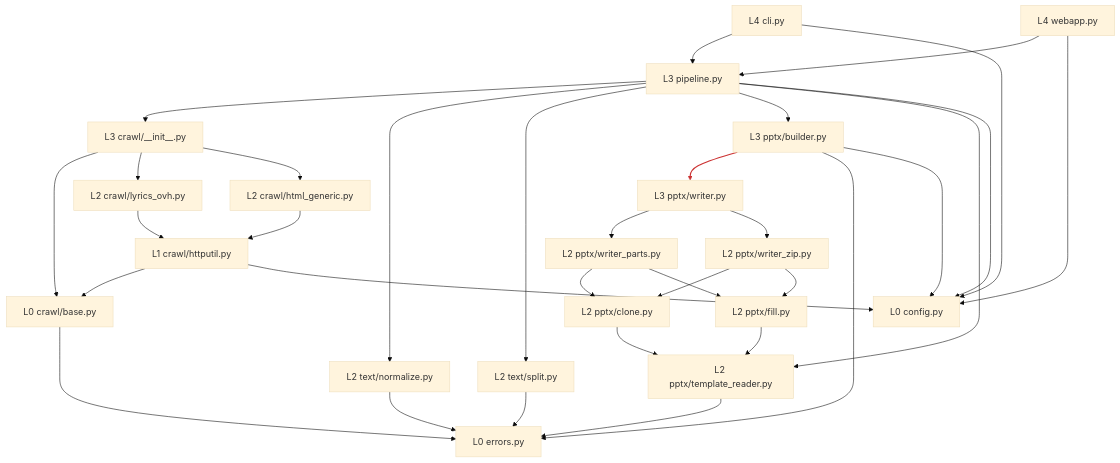
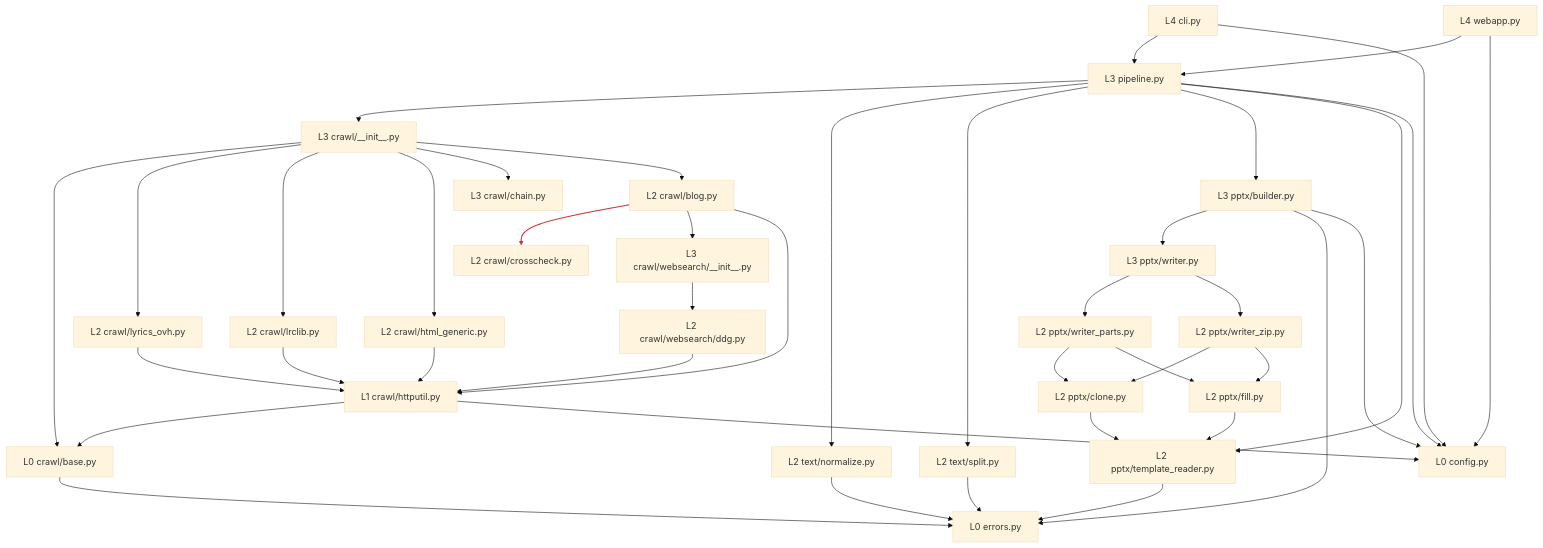
The first of 3 diagrams in docs/arch/02-component-architecture.md (CrashedSystem/lyrics2pptx), drawn with Mermaid (base theme) before and after one commit. The commit also changed other lines of this file and 42 other files, not shown here.

````diff
--- a/docs/arch/02-component-architecture.md
+++ b/docs/arch/02-component-architecture.md
@@ -118,37 +134,46 @@
 ```mermaid
 graph TD
   CLI["L4 cli.py"] --> PIPE["L3 pipeline.py"]
   WEB["L4 webapp.py"] --> PIPE
   PIPE --> REG["L3 crawl/__init__.py"]
   PIPE --> NORM["L2 text/normalize.py"]
   PIPE --> SPLIT["L2 text/split.py"]
   PIPE --> BUILD["L3 pptx/builder.py"]
   PIPE --> TREAD["L2 pptx/template_reader.py"]
   REG --> CBASE["L0 crawl/base.py"]
   REG --> OVH["L2 crawl/lyrics_ovh.py"]
+  REG --> LRCLIB["L2 crawl/lrclib.py"]
   REG --> HTML["L2 crawl/html_generic.py"]
+  REG --> CHAIN["L3 crawl/chain.py"]
+  REG --> BLOG["L2 crawl/blog.py"]
+  BLOG --> XCHK["L2 crawl/crosscheck.py"]
+  BLOG --> WS["L3 crawl/websearch/__init__.py"]
+  WS --> DDG["L2 crawl/websearch/ddg.py"]
   OVH --> HTTP["L1 crawl/httputil.py"]
+  LRCLIB --> HTTP
   HTML --> HTTP
+  BLOG --> HTTP
+  DDG --> HTTP
   HTTP --> CBASE
   BUILD --> WRITER["L3 pptx/writer.py"]
   WRITER --> WPARTS["L2 pptx/writer_parts.py"]
   WRITER --> WZIP["L2 pptx/writer_zip.py"]
   WPARTS --> CLONE["L2 pptx/clone.py"]
   WPARTS --> FILL["L2 pptx/fill.py"]
   WZIP --> CLONE
   WZIP --> FILL
   FILL --> TREAD
   CLONE --> TREAD
   CBASE --> ERR["L0 errors.py"]
   NORM --> ERR
   SPLIT --> ERR
   BUILD --> ERR
   TREAD --> ERR
   CLI --> CFG["L0 config.py"]
   WEB --> CFG
   PIPE --> CFG
   HTTP --> CFG
   BUILD --> CFG
 
   linkStyle 13 stroke:#c33,stroke-width:2px
 ```
````
